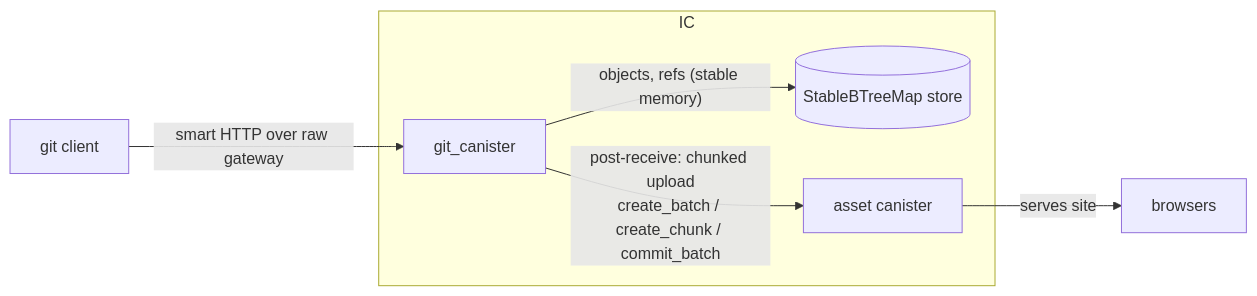
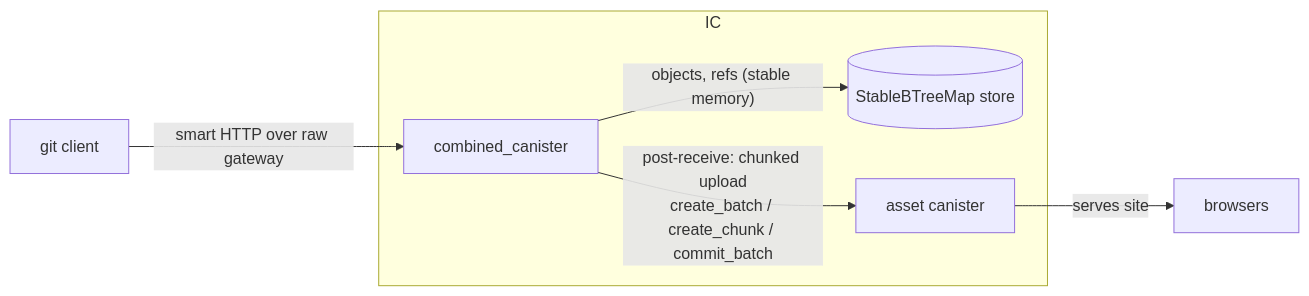
The diagram in ARCHITECTURE.md (DrJesseGlass/ic-git), drawn with Mermaid before and after one commit. The commit also changed other lines of this file and 30 other files, not shown here.

````diff
--- a/ARCHITECTURE.md
+++ b/ARCHITECTURE.md
@@ -43,9 +43,9 @@
 ```mermaid
 flowchart LR
-    dev[git client] -->|smart HTTP over raw gateway| G[git_canister]
+    dev[git client] -->|smart HTTP over raw gateway| G[combined_canister]
     subgraph IC
         G -->|"objects, refs (stable memory)"| S[(StableBTreeMap store)]
         G -->|"post-receive: chunked upload<br/>create_batch / create_chunk / commit_batch"| A[asset canister]
     end
     A -->|serves site| users[browsers]
 ```
````
